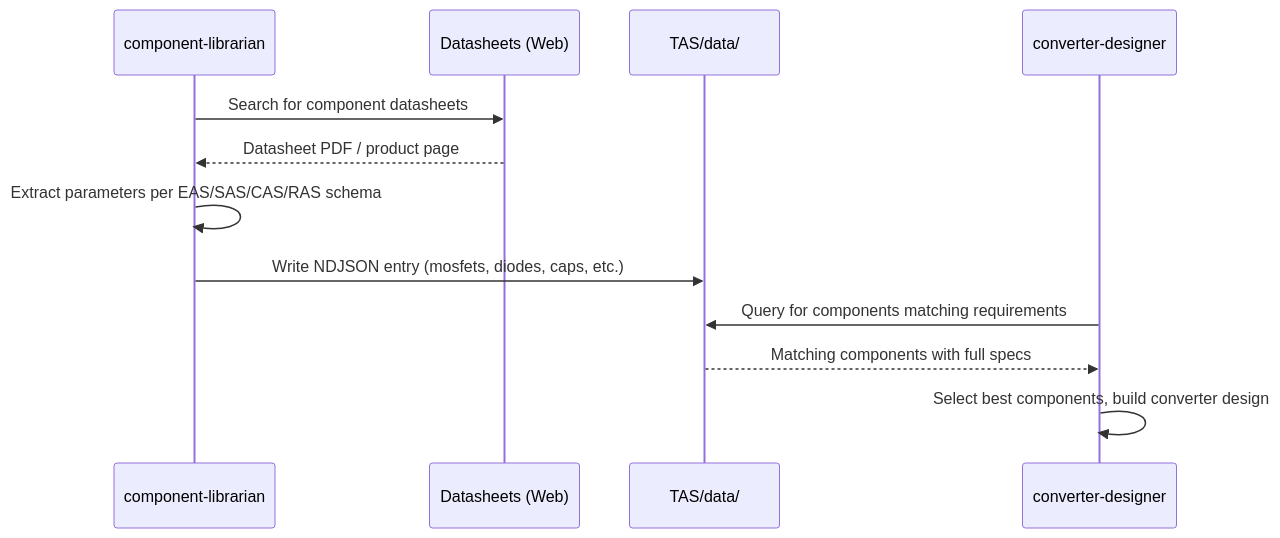
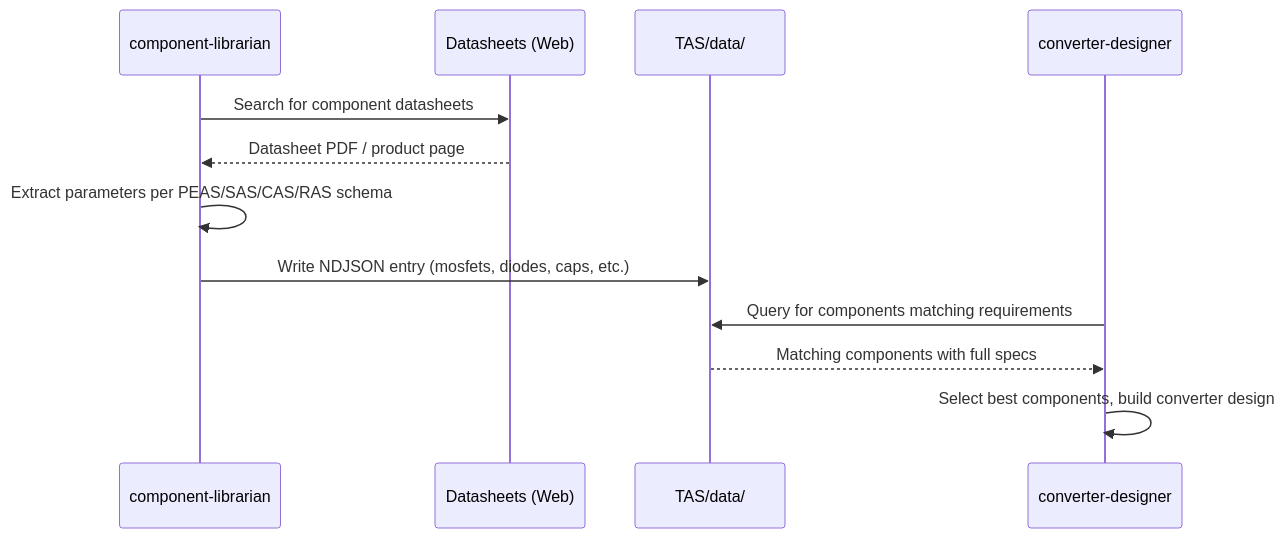
One commit to Power-Supply-Manufacturers-Association/PEAS changed the third of 4 diagrams in docs/architecture.md. Above: the diagram before and after it, drawn with Mermaid. The commit also changed other lines of this file and 13 other files, not shown here.

First line of the commit message:
Rename EAS to PEAS (Power Electronics Agnostic Structure)

````diff
--- a/docs/architecture.md
+++ b/docs/architecture.md
@@ -81,15 +81,15 @@
 ```mermaid
 sequenceDiagram
     participant CL as component-librarian
     participant DS as Datasheets (Web)
     participant TAS as TAS/data/
     participant CD as converter-designer
 
     CL->>DS: Search for component datasheets
     DS-->>CL: Datasheet PDF / product page
-    CL->>CL: Extract parameters per EAS/SAS/CAS/RAS schema
+    CL->>CL: Extract parameters per PEAS/SAS/CAS/RAS schema
     CL->>TAS: Write NDJSON entry (mosfets, diodes, caps, etc.)
     CD->>TAS: Query for components matching requirements
     TAS-->>CD: Matching components with full specs
     CD->>CD: Select best components, build converter design
 ```
````
